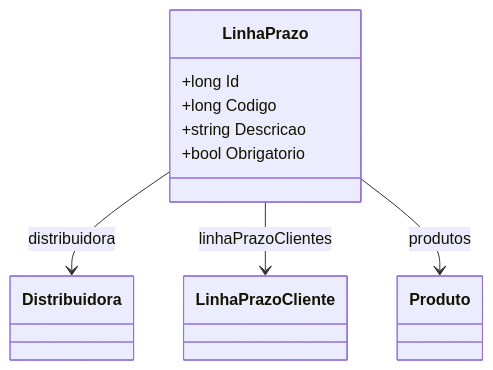
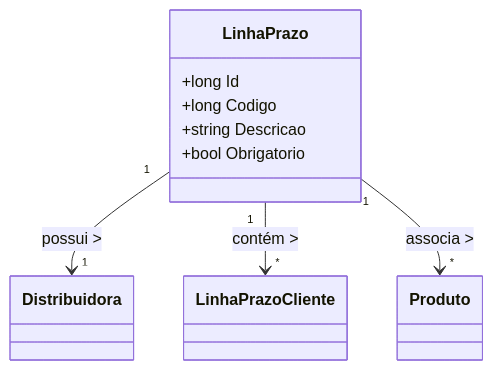
The diagram in docs/b2b-dominio/IsthmusWinthor.Nucleo/IsthmusWinthor.Dominio/Entidades/LinhaPrazo.md (IsthmusSistemas/documentacao-tecnica), drawn with Mermaid before and after one commit. The commit also changed other lines of this file and 882 other files, not shown here.

````diff
--- a/docs/b2b-dominio/IsthmusWinthor.Nucleo/IsthmusWinthor.Dominio/Entidades/LinhaPrazo.md
+++ b/docs/b2b-dominio/IsthmusWinthor.Nucleo/IsthmusWinthor.Dominio/Entidades/LinhaPrazo.md
@@ -28,22 +24,16 @@
 ```mermaid
 classDiagram
     class LinhaPrazo {
         +long Id
         +long Codigo
         +string Descricao
         +bool Obrigatorio
     }
-    
-    class Distribuidora {
-    }
+    class Distribuidora
+    class LinhaPrazoCliente
+    class Produto
 
-    class LinhaPrazoCliente {
-    }
-    
-    class Produto {
-    }
-
-    LinhaPrazo --> Distribuidora : distribuidora
-    LinhaPrazo --> LinhaPrazoCliente : linhaPrazoClientes
-    LinhaPrazo --> Produto : produtos
+    LinhaPrazo "1" --> "1" Distribuidora : possui >
+    LinhaPrazo "1" --> "*" LinhaPrazoCliente : contém >
+    LinhaPrazo "1" --> "*" Produto : associa >
 ```
````
